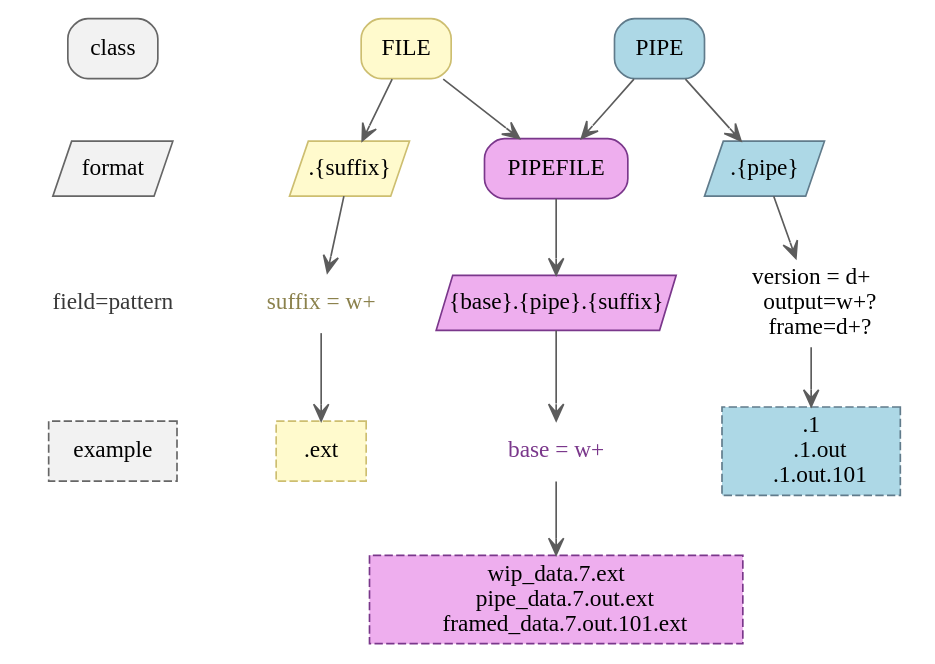
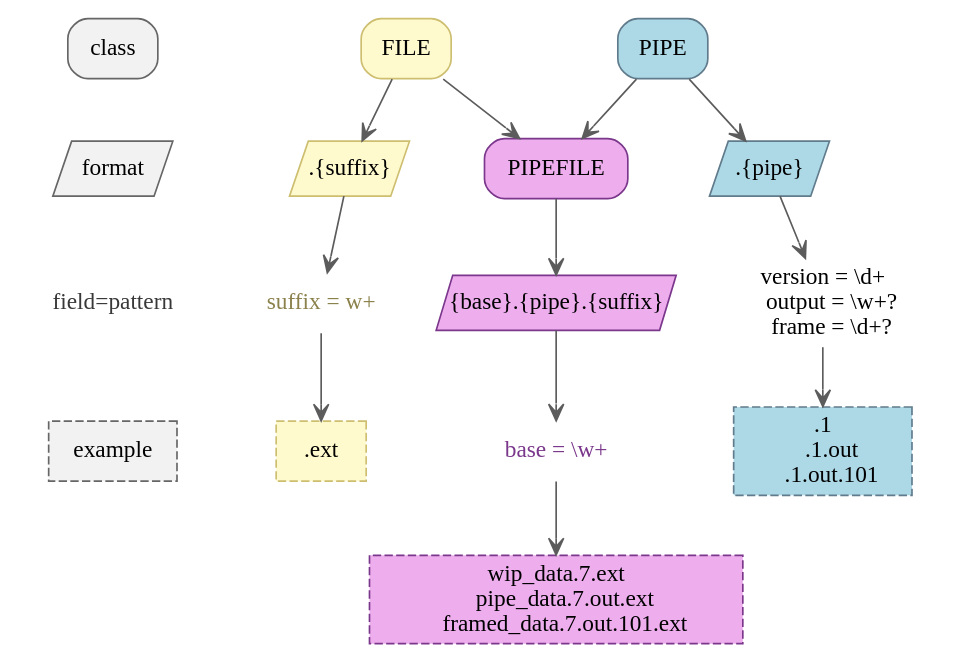
Before and after one commit to chrizzFTD/naming: the diagram in docs/source/overview.dot, drawn with Graphviz.

Commit message:
comments and slash

```diff
--- a/docs/source/overview.dot
+++ b/docs/source/overview.dot
@@ -1,51 +1,55 @@
 strict digraph G {
+    // nodes creation, shape and style defined here
     bgcolor=invis
     {
       node [style="rounded, filled" shape=box]
       class, FILE, PIPE, PIPEFILE
     }
     {
       node [style=filled margin=0 width=1 height=0.46 shape=polygon fixedsize=true skew=0.4]
       format, file_format, pipe_format, pipefile_format
     }
     {
       node [shape=none]
       patterns, file_patterns, pipe_patterns, pipefile_patterns
     }
     {
       node [style="dashed, filled" shape=box]
       example, file_example, pipe_example, pipefile_example
     }
+    // connections, labels and color related updates by higher level groups
     subgraph legend {
-        edge[style=invis]
+        edge[style=invis]  // connect with invisible edges to emulate a legend
         class, format, example, patterns [color=gray40 fillcolor=gray95]
         patterns [label="field=pattern" fontcolor=gray22]
         class -> format -> patterns  -> example
     }
+
     FILE, file_format, file_example [color=lightgoldenrod3 fillcolor=lemonchiffon1]
     file_format [label=".{suffix}"]
     file_example [label=".ext"]
     file_patterns [label="suffix = \w+" fontcolor=lightgoldenrod4]
 
     PIPE, pipe_format, pipe_example [color=lightskyblue4 fillcolor=lightblue]
     pipe_format [label=".{pipe}"]
     pipe_example [label=".1
     .1.out
     .1.out.101"]
-    pipe_patterns [label="version = \d+
-    output=\w+?
-    frame=\d+?"]
+    // escape the inverse slash so generated image displays one
+    pipe_patterns [label="version = \\d+
+    output = \\w+?
+    frame = \\d+?"]
 
     PIPEFILE, pipefile_format, pipefile_example [color=mediumorchid4 fillcolor=plum2]
     pipefile_format [skew=0.15 width=2 label="{base}.{pipe}.{suffix}"]
     pipefile_example [label="wip_data.7.ext
     pipe_data.7.out.ext
     framed_data.7.out.101.ext"]
-    pipefile_patterns [label="base = \w+" fontcolor=mediumorchid4]
+    pipefile_patterns [label="base = \\w+" fontcolor=mediumorchid4]
 
     edge [color=gray36 arrowhead="vee"]
     PIPE -> pipe_format -> pipe_patterns -> pipe_example
     FILE -> file_format -> file_patterns -> file_example
     PIPEFILE -> pipefile_format -> pipefile_patterns -> pipefile_example
     {PIPE, FILE} -> PIPEFILE
 }
```
